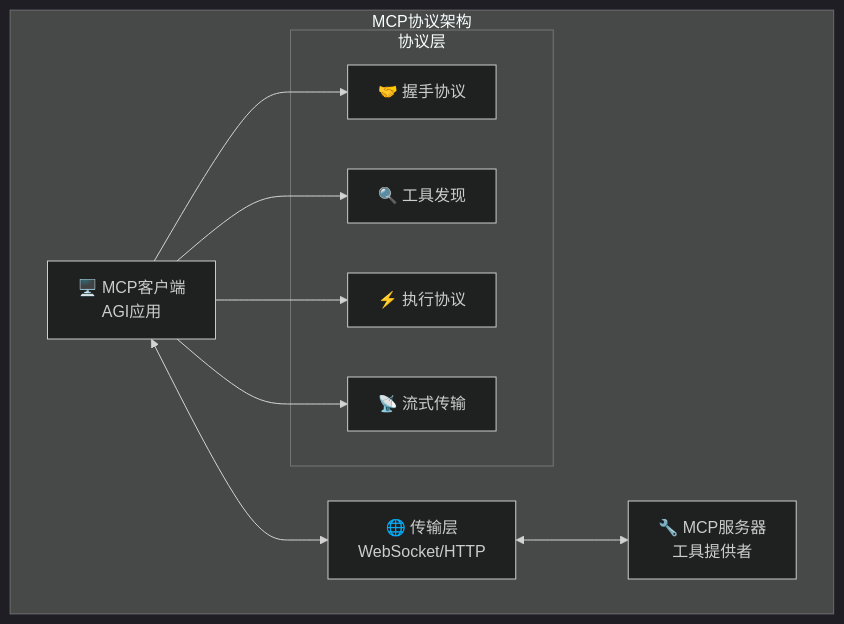
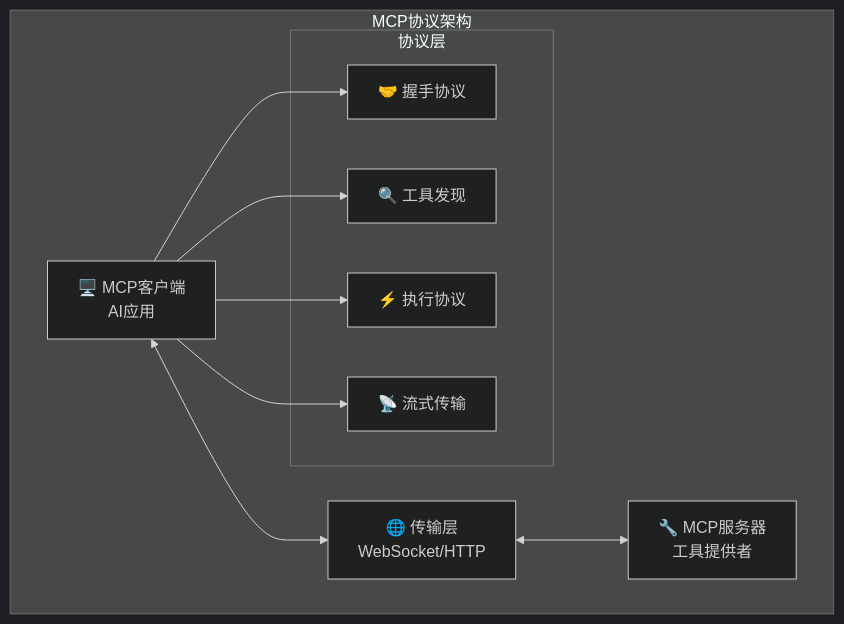
Before and after one commit to youyoude/agi-app-dev-guide-book: the diagram in 第四部分_智能大脑工程学/4.3_工具扩展运行层/4.3.5_工具扩展运行层的工程化实践.md, drawn with Mermaid (dark theme). The commit also changed other lines of this file and 27 other files, not shown here.

````diff
--- a/第四部分_智能大脑工程学/4.3_工具扩展运行层/4.3.5_工具扩展运行层的工程化实践.md
+++ b/第四部分_智能大脑工程学/4.3_工具扩展运行层/4.3.5_工具扩展运行层的工程化实践.md
@@ -19,23 +19,23 @@
 ```mermaid
 graph TB
     subgraph "MCP协议架构"
-        CLIENT[🖥️ MCP客户端<br/>AGI应用]
+        CLIENT[🖥️ MCP客户端<br/>AI应用]
         SERVER[🔧 MCP服务器<br/>工具提供者]
         TRANSPORT[🌐 传输层<br/>WebSocket/HTTP]
         
         subgraph "协议层"
             HANDSHAKE[🤝 握手协议]
             DISCOVERY[🔍 工具发现]
             EXECUTION[⚡ 执行协议]
             STREAMING[📡 流式传输]
         end
     end
     
     CLIENT <--> TRANSPORT
     TRANSPORT <--> SERVER
     
     CLIENT --> HANDSHAKE
     CLIENT --> DISCOVERY
     CLIENT --> EXECUTION
     CLIENT --> STREAMING
 ```
````
